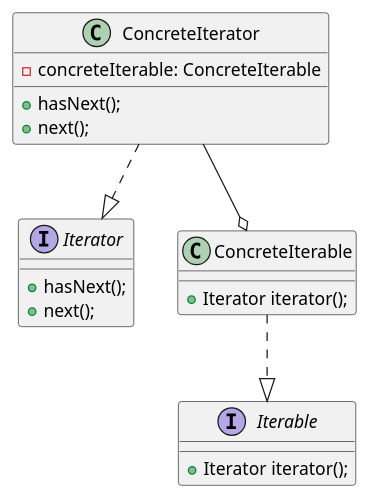
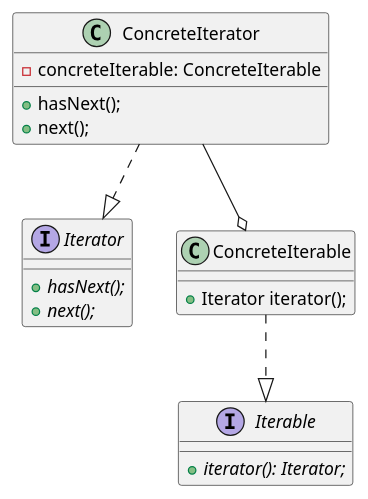
The eighth of 9 diagrams in design_patterns/patterns.md (humcap082/experiences), drawn with PlantUML before and after one commit. The commit also changed other lines of this file and 2 other files, not shown here.

````diff
--- a/design_patterns/patterns.md
+++ b/design_patterns/patterns.md
@@ -130,26 +294,26 @@
 ```puml
 @startuml
 interface Iterable {
-    +Iterator iterator();
+    +{abstract}iterator(): Iterator;
 }
 
 interface Iterator {
-    +hasNext();
-    +next();
+    +{abstract}hasNext();
+    +{abstract}next();
 }
 
 class ConcreteIterable {
     +Iterator iterator();
 }
 
 class ConcreteIterator {
     -concreteIterable: ConcreteIterable
     +hasNext();
     +next();
 }
 
 ConcreteIterable ..|> Iterable
 ConcreteIterator ..|> Iterator
 ConcreteIterator --o ConcreteIterable
 @enduml
 ```
````
